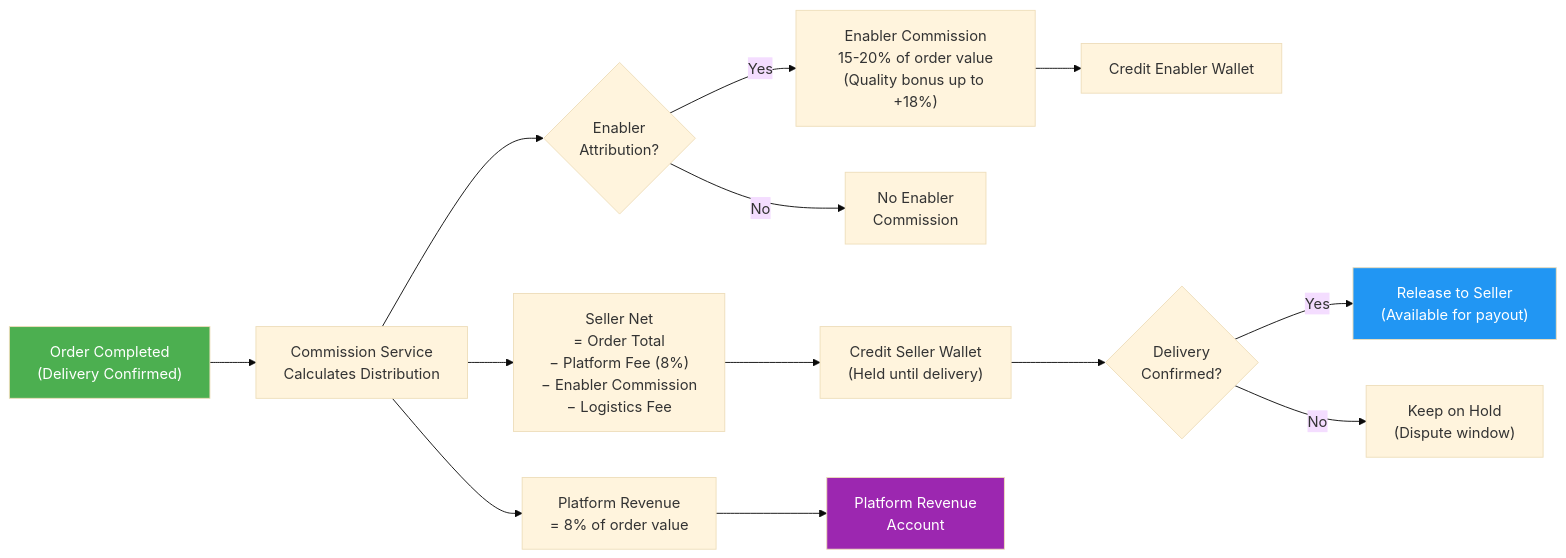
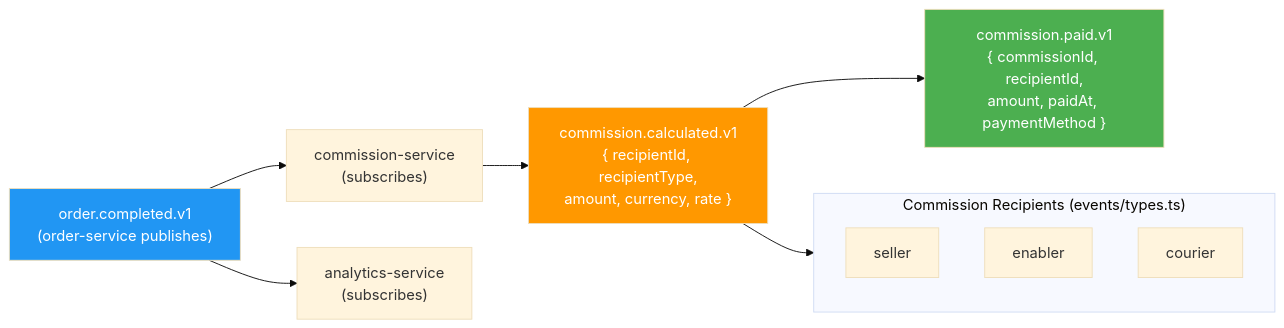
Before and after one commit to maysar-014/maysar-express-backend: the seventh of 7 diagrams in docs/payments/revenue-flow-diagrams.md, drawn with Mermaid (base theme). The commit also changed other lines of this file and 5 other files, not shown here.

First line of the commit message:
docs: rebuild diagrams from actual source code evidence

````diff
--- a/docs/payments/revenue-flow-diagrams.md
+++ b/docs/payments/revenue-flow-diagrams.md
@@ -177,25 +208,20 @@
 ```mermaid
 flowchart LR
-    ORDER_COMPLETE["Order Completed\n(Delivery Confirmed)"] --> COMMISSION_SVC["Commission Service\nCalculates Distribution"]
+    ORDER_COMPLETE["order.completed.v1\n(order-service publishes)"] --> COMMISSION_SVC["commission-service\n(subscribes)"]
+    ORDER_COMPLETE --> ANALYTICS["analytics-service\n(subscribes)"]
 
-    COMMISSION_SVC --> CHECK_ENABLER{Enabler\nAttribution?}
+    COMMISSION_SVC --> CALC["commission.calculated.v1\n{ recipientId, recipientType,\namount, currency, rate }"]
+    CALC --> PAID["commission.paid.v1\n{ commissionId, recipientId,\namount, paidAt, paymentMethod }"]
 
-    CHECK_ENABLER -->|Yes| ENABLER_CALC["Enabler Commission\n15-20% of order value\n(Quality bonus up to +18%)"]
-    CHECK_ENABLER -->|No| NO_ENABLER["No Enabler\nCommission"]
+    subgraph Recipients["Commission Recipients (events/types.ts)"]
+        SELLER_R["seller"]
+        ENABLER_R["enabler"]
+        COURIER_R["courier"]
+    end
 
-    COMMISSION_SVC --> SELLER_CALC["Seller Net\n= Order Total\n− Platform Fee (8%)\n− Enabler Commission\n− Logistics Fee"]
+    CALC --> Recipients
 
-    COMMISSION_SVC --> PLATFORM_CALC["Platform Revenue\n= 8% of order value"]
-
-    ENABLER_CALC --> ENABLER_WALLET["Credit Enabler Wallet"]
-    SELLER_CALC --> SELLER_WALLET["Credit Seller Wallet\n(Held until delivery)"]
-    PLATFORM_CALC --> PLATFORM_REVENUE["Platform Revenue\nAccount"]
-
-    SELLER_WALLET --> DELIVERY_CONFIRM{Delivery\nConfirmed?}
-    DELIVERY_CONFIRM -->|Yes| SELLER_RELEASE["Release to Seller\n(Available for payout)"]
-    DELIVERY_CONFIRM -->|No| HOLD["Keep on Hold\n(Dispute window)"]
-
-    style ORDER_COMPLETE fill:#4CAF50,color:#fff
-    style PLATFORM_REVENUE fill:#9C27B0,color:#fff
-    style SELLER_RELEASE fill:#2196F3,color:#fff
+    style ORDER_COMPLETE fill:#2196F3,color:#fff
+    style CALC fill:#FF9800,color:#fff
+    style PAID fill:#4CAF50,color:#fff
 ```
````
